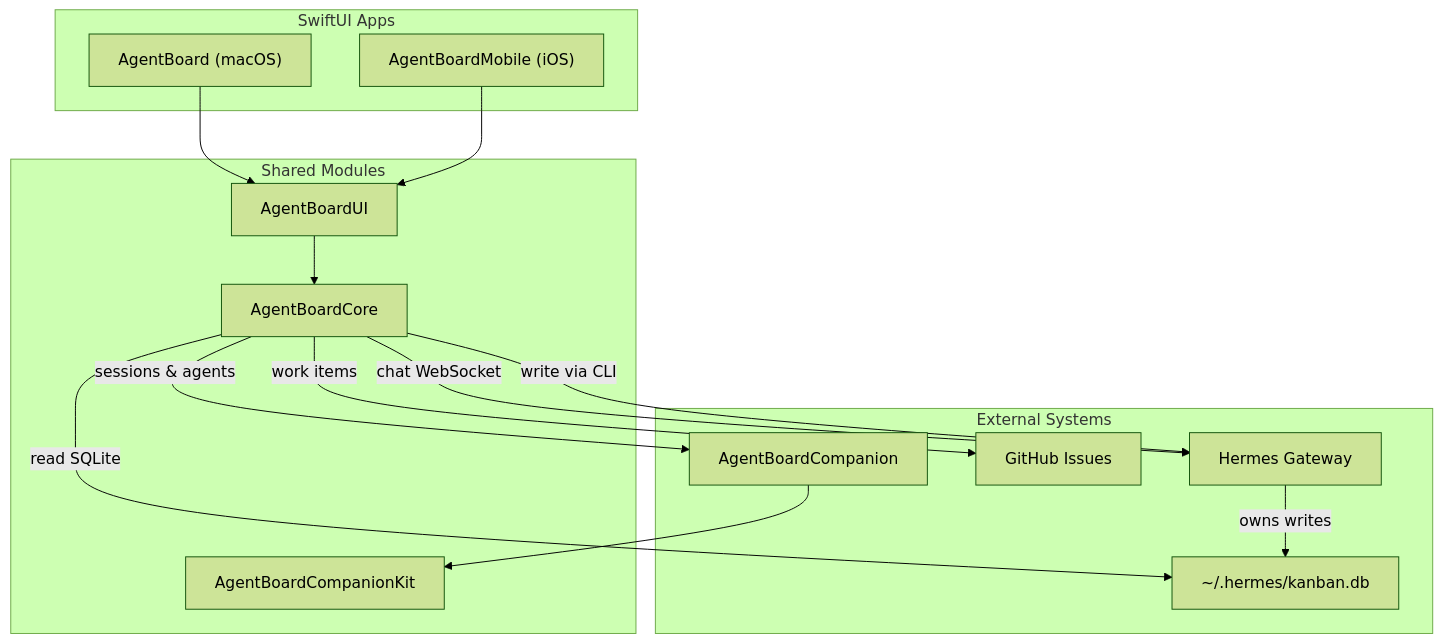
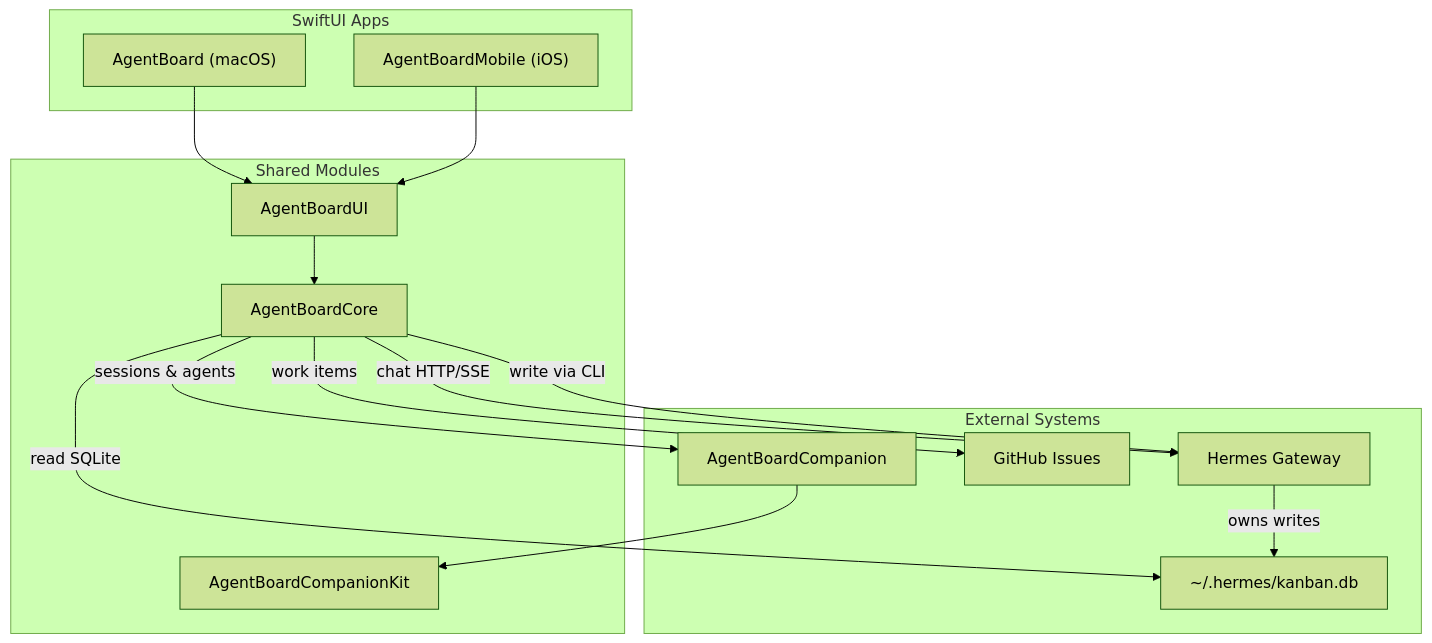
Before and after one commit to jbcrane13/AgentBoard: the diagram in README.md, drawn with Mermaid (forest theme). The commit also changed other lines of this file and 1 other file, not shown here.

Commit message:
docs: correct Hermes chat transport to HTTP + SSE

````diff
--- a/README.md
+++ b/README.md
@@ -86,31 +86,31 @@
 ```mermaid
 flowchart TD
     subgraph Apps["SwiftUI Apps"]
         Mac["AgentBoard (macOS)"]
         Mobile["AgentBoardMobile (iOS)"]
     end
 
     subgraph Shared["Shared Modules"]
         UI["AgentBoardUI"]
         Core["AgentBoardCore"]
         CompanionKit["AgentBoardCompanionKit"]
     end
 
     subgraph External["External Systems"]
         Hermes["Hermes Gateway"]
         KanbanDB["~/.hermes/kanban.db"]
         GitHub["GitHub Issues"]
         Companion["AgentBoardCompanion"]
     end
 
     Mac --> UI
     Mobile --> UI
     UI --> Core
-    Core -->|chat WebSocket| Hermes
+    Core -->|chat HTTP/SSE| Hermes
     Core -->|read SQLite| KanbanDB
     Core -->|write via CLI| Hermes
     Core -->|work items| GitHub
     Core -->|sessions & agents| Companion
     Companion --> CompanionKit
     Hermes -->|owns writes| KanbanDB
 ```
````
